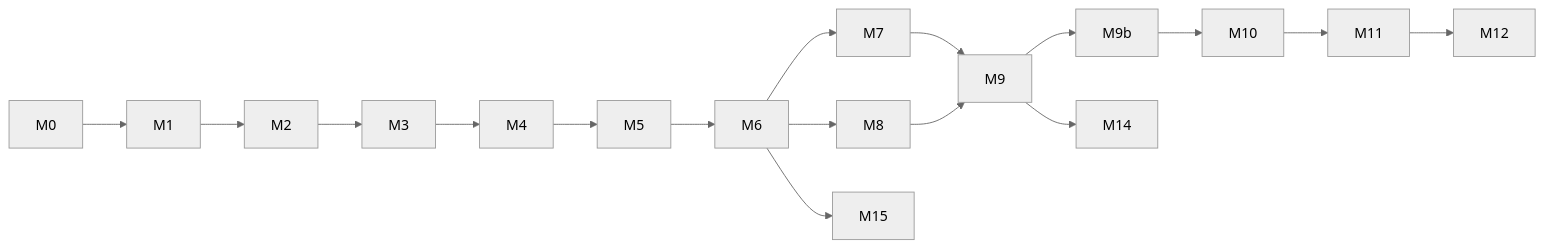
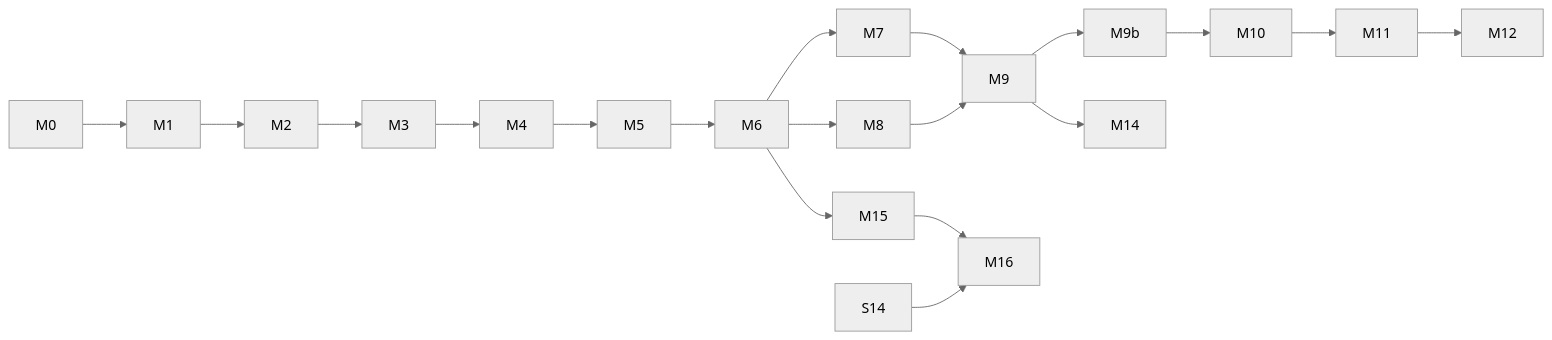
One commit to gacevedo/NegSwift changed the diagram in PLAN.md. Above: the diagram before and after it, drawn with Mermaid (neutral theme). The commit also changed other lines of this file and 5 other files, not shown here.

````diff
--- a/PLAN.md
+++ b/PLAN.md
@@ -1080,11 +1179,13 @@
 ```mermaid
 flowchart LR
   M0 --> M1 --> M2 --> M3
   M3 --> M4 --> M5 --> M6 --> M7
   M6 --> M8
   M7 --> M9 --> M9b --> M10
   M8 --> M9
   M10 --> M11 --> M12
   M9 --> M14
   M6 --> M15
+  M15 --> M16
+  S14 --> M16
 ```
````
